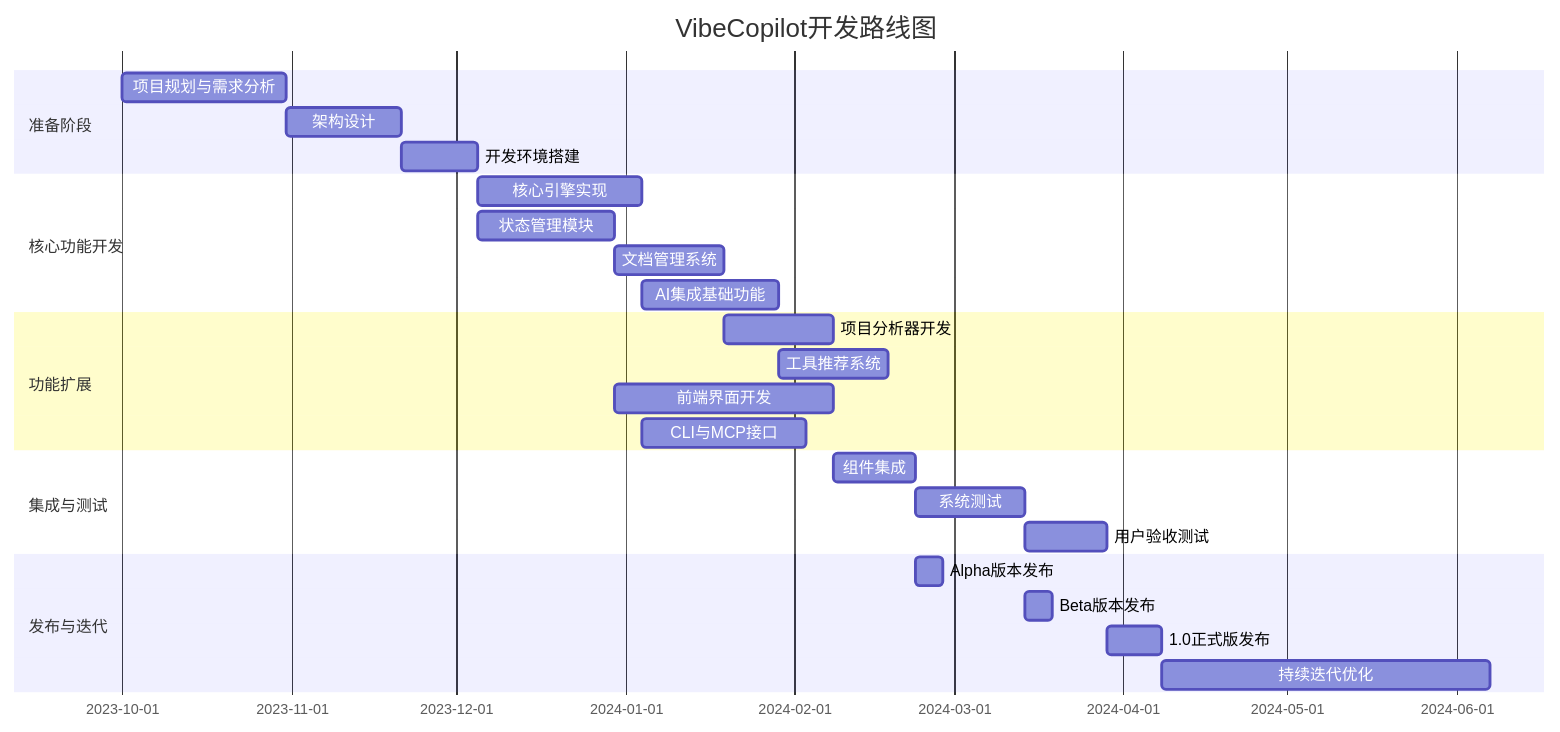
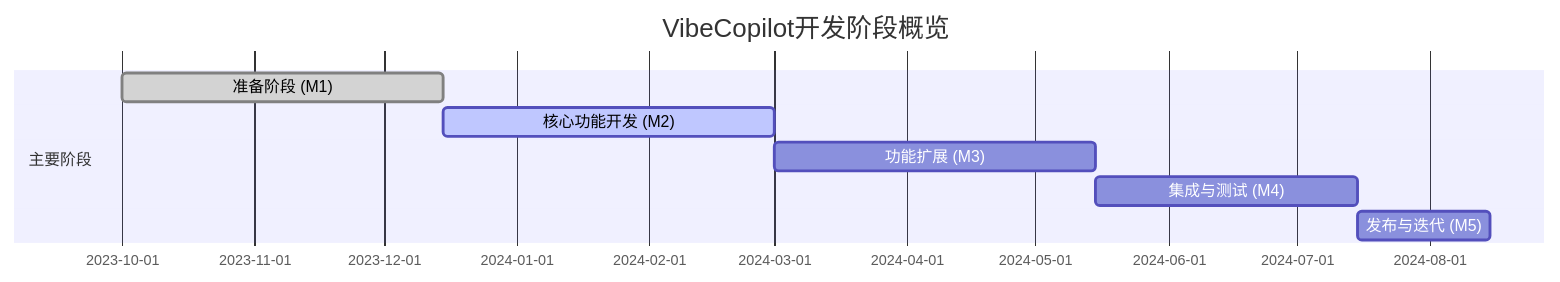
One commit to jacobcy/VibeCopilot changed the diagram in docs/9_Development_Roadmap.md. Above: the diagram before and after it, drawn with Mermaid. The commit also changed other lines of this file and 6 other files, not shown here.

Commit message:
refactor: 将路线图改为使用GitHub Projects作为数据源，并调整代码风格配置

````diff
--- a/docs/9_Development_Roadmap.md
+++ b/docs/9_Development_Roadmap.md
@@ -9,33 +92,12 @@
 ```mermaid
 gantt
     dateFormat  YYYY-MM-DD
-    title VibeCopilot开发路线图
+    title VibeCopilot开发阶段概览
 
-    section 准备阶段
-    项目规划与需求分析     :prep1, 2023-10-01, 30d
-    架构设计               :prep2, after prep1, 21d
-    开发环境搭建           :prep3, after prep2, 14d
-
-    section 核心功能开发
-    核心引擎实现           :core1, after prep3, 30d
-    状态管理模块           :core2, after prep3, 25d
-    文档管理系统           :core3, after core2, 20d
-    AI集成基础功能         :core4, after core1, 25d
-
-    section 功能扩展
-    项目分析器开发         :ext1, after core3, 20d
-    工具推荐系统           :ext2, after core4, 20d
-    前端界面开发           :ext3, after core2, 40d
-    CLI与MCP接口           :ext4, after core1, 30d
-
-    section 集成与测试
-    组件集成               :test1, after ext1, 15d
-    系统测试               :test2, after test1, 20d
-    用户验收测试           :test3, after test2, 15d
-
-    section 发布与迭代
-    Alpha版本发布         :rel1, after test1, 5d
-    Beta版本发布          :rel2, after test2, 5d
-    1.0正式版发布         :rel3, after test3, 10d
-    持续迭代优化          :rel4, after rel3, 60d
+    section 主要阶段
+    准备阶段 (M1)    :done, m1, 2023-10-01, 2023-12-15
+    核心功能开发 (M2) :active, m2, after m1, 2024-03-01
+    功能扩展 (M3)    :m3, after m2, 2024-05-15
+    集成与测试 (M4)  :m4, after m3, 2024-07-15
+    发布与迭代 (M5)  :m5, after m4, 2024-08-15
 ```
````
